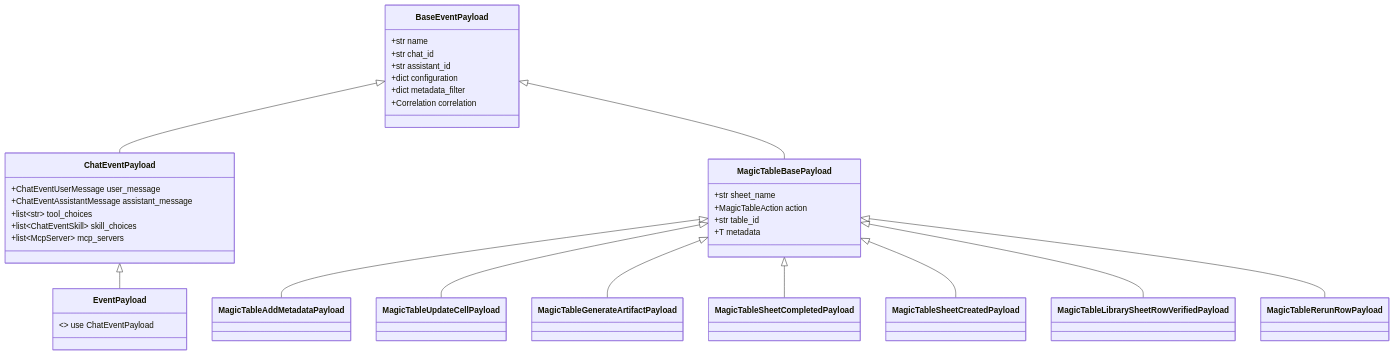
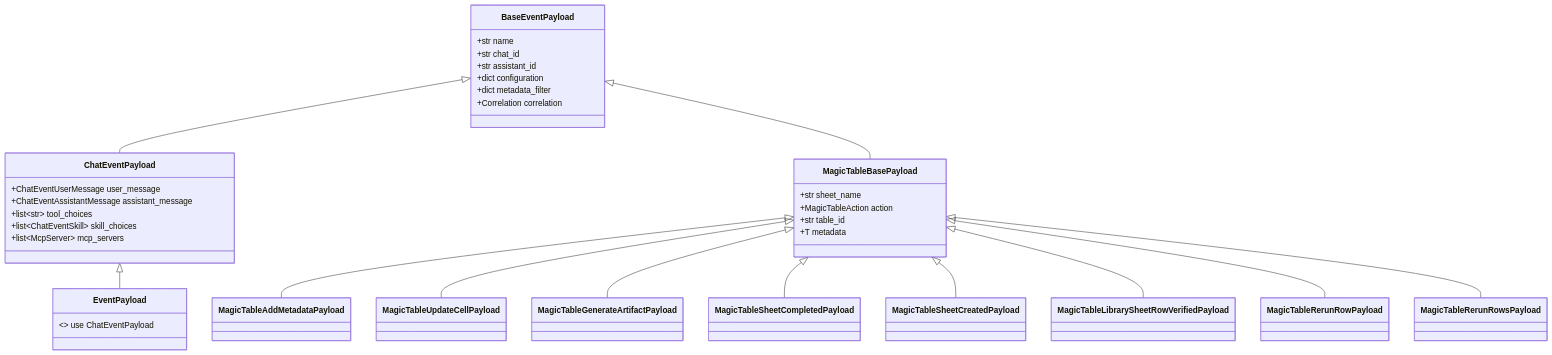
Before and after one commit to Unique-AG/ai: the second of 2 diagrams in unique_toolkit/docs/events/events.md, drawn with Mermaid. The commit also changed other lines of this file and 5 other files, not shown here.

First line of the commit message:
feat(toolkit): add magic-table bulk rerun-rows event schema

````diff
--- a/unique_toolkit/docs/events/events.md
+++ b/unique_toolkit/docs/events/events.md
@@ -62,39 +62,40 @@
 ```mermaid
 classDiagram
     class BaseEventPayload {
         +str name
         +str chat_id
         +str assistant_id
         +dict configuration
         +dict metadata_filter
         +Correlation correlation
     }
     class ChatEventPayload {
         +ChatEventUserMessage user_message
         +ChatEventAssistantMessage assistant_message
         +list~str~ tool_choices
         +list~ChatEventSkill~ skill_choices
         +list~McpServer~ mcp_servers
     }
     class MagicTableBasePayload {
         +str sheet_name
         +MagicTableAction action
         +str table_id
         +T metadata
     }
     class EventPayload {
         <<deprecated>> use ChatEventPayload
     }
 
     BaseEventPayload <|-- ChatEventPayload
     BaseEventPayload <|-- MagicTableBasePayload
     ChatEventPayload <|-- EventPayload
 
     MagicTableBasePayload <|-- MagicTableAddMetadataPayload
     MagicTableBasePayload <|-- MagicTableUpdateCellPayload
     MagicTableBasePayload <|-- MagicTableGenerateArtifactPayload
     MagicTableBasePayload <|-- MagicTableSheetCompletedPayload
     MagicTableBasePayload <|-- MagicTableSheetCreatedPayload
     MagicTableBasePayload <|-- MagicTableLibrarySheetRowVerifiedPayload
     MagicTableBasePayload <|-- MagicTableRerunRowPayload
+    MagicTableBasePayload <|-- MagicTableRerunRowsPayload
 ```
````
